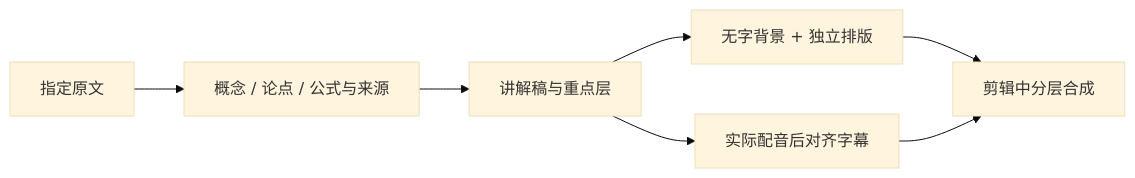
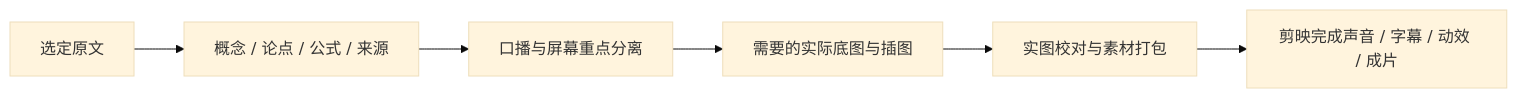
Before and after one commit to XiaoWeiKIN/MindFrame: the diagram in docs/visual-director.md, drawn with Mermaid (base theme). The commit also changed other lines of this file and 17 other files, not shown here.

````diff
--- a/docs/visual-director.md
+++ b/docs/visual-director.md
@@ -10,9 +5,8 @@
 ```mermaid
 flowchart LR
-    A[指定原文] --> B[概念 / 论点 / 公式与来源]
-    B --> C[讲解稿与重点层]
-    C --> D[无字背景 + 独立排版]
-    C --> E[实际配音后对齐字幕]
-    D --> F[剪辑中分层合成]
-    E --> F
+    A[选定原文] --> B[概念 / 论点 / 公式 / 来源]
+    B --> C[口播与屏幕重点分离]
+    C --> D[需要的实际底图与插图]
+    D --> E[实图校对与素材打包]
+    E --> F[剪映完成声音 / 字幕 / 动效 / 成片]
 ```
````
